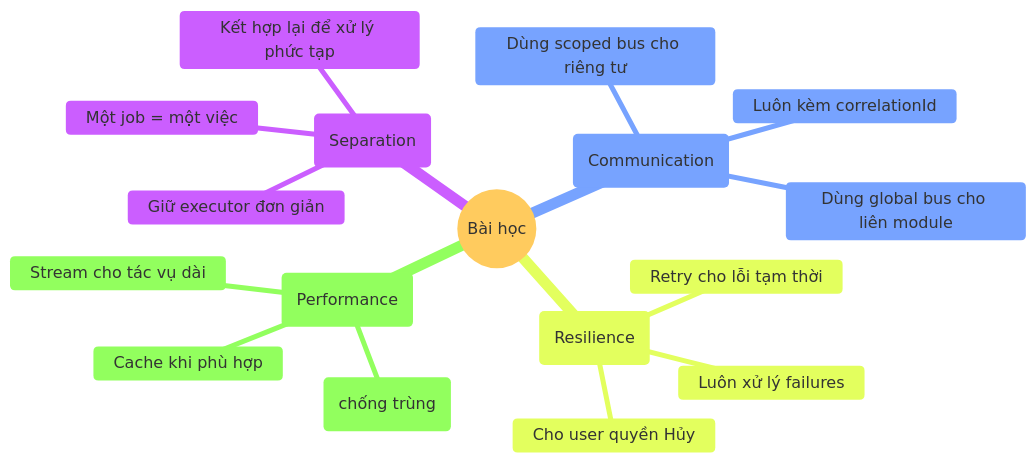
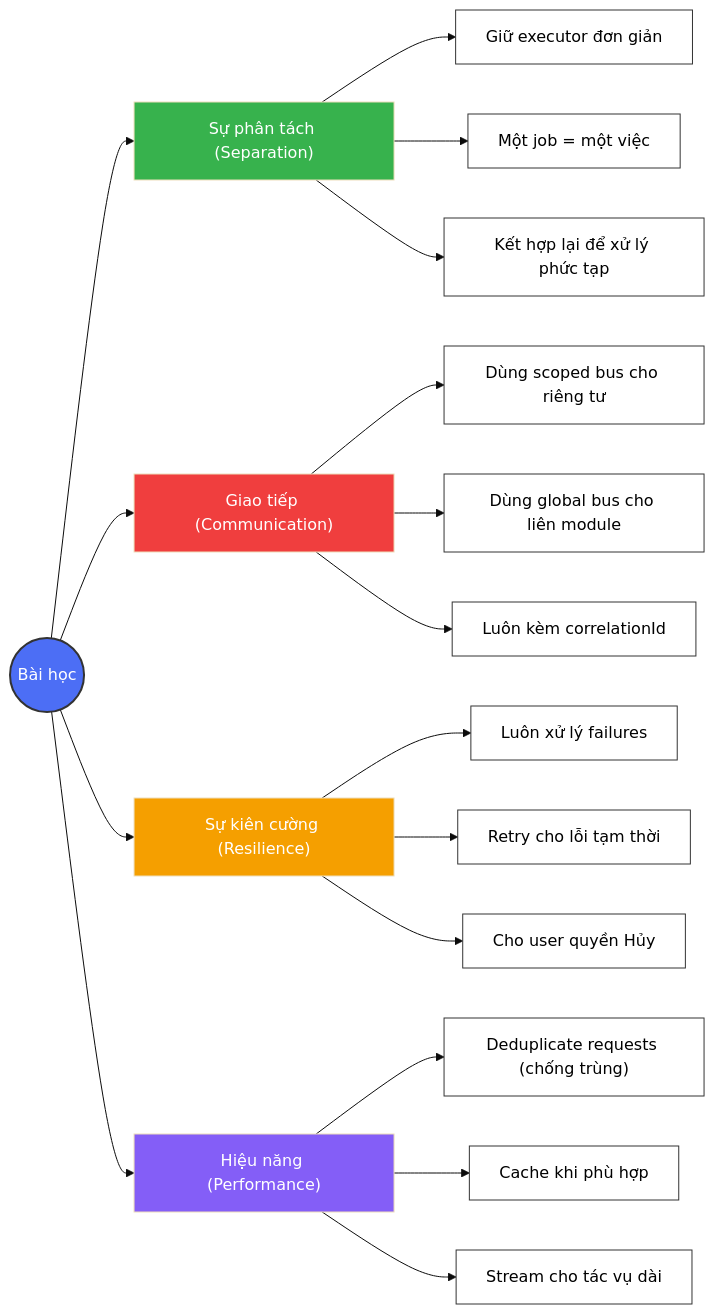
Before and after one commit to lploc94/flutter_orchestrator: diagram 12 of 12 in book/vi/chapters/06_case_study.md, drawn with Mermaid (base theme). The commit also changed 7 other files, not shown here.

First line of the commit message:
docs: use styled graphs instead of mindmaps

````diff
--- a/book/vi/chapters/06_case_study.md
+++ b/book/vi/chapters/06_case_study.md
@@ -326,20 +326,46 @@
 ```mermaid
-mindmap
-  root((Bài học))
-    Sự phân tách (Separation)
-      Giữ executor đơn giản
-      Một job = một việc
-      Kết hợp lại để xử lý phức tạp
-    Giao tiếp (Communication)
-      Dùng scoped bus cho riêng tư
-      Dùng global bus cho liên module
-      Luôn kèm correlationId
-    Sự kiên cường (Resilience)
-      Luôn xử lý failures
-      Retry cho lỗi tạm thời
-      Cho user quyền Hủy
-    Hiệu năng (Performance)
-      Deduplicate requests (chống trùng)
-      Cache khi phù hợp
-      Stream cho tác vụ dài
+graph LR
+    Root((Bài học))
+    
+    Root --> Sep["Sự phân tách (Separation)"]
+    Sep --> Sep1["Giữ executor đơn giản"]
+    Sep --> Sep2["Một job = một việc"]
+    Sep --> Sep3["Kết hợp lại để xử lý phức tạp"]
+    
+    Root --> Com["Giao tiếp (Communication)"]
+    Com --> Com1["Dùng scoped bus cho riêng tư"]
+    Com --> Com2["Dùng global bus cho liên module"]
+    Com --> Com3["Luôn kèm correlationId"]
+    
+    Root --> Res["Sự kiên cường (Resilience)"]
+    Res --> Res1["Luôn xử lý failures"]
+    Res --> Res2["Retry cho lỗi tạm thời"]
+    Res --> Res3["Cho user quyền Hủy"]
+    
+    Root --> Perf["Hiệu năng (Performance)"]
+    Perf --> Perf1["Deduplicate requests (chống trùng)"]
+    Perf --> Perf2["Cache khi phù hợp"]
+    Perf --> Perf3["Stream cho tác vụ dài"]
+    
+    style Root fill:#4c6ef5,stroke:#333,stroke-width:2px,color:#fff
+    style Sep fill:#37b24d,color:#fff
+    style Com fill:#f03e3e,color:#fff
+    style Res fill:#f59f00,color:#fff
+    style Perf fill:#845ef7,color:#fff
+    
+    style Sep1 fill:#fff,stroke:#333,color:#000
+    style Sep2 fill:#fff,stroke:#333,color:#000
+    style Sep3 fill:#fff,stroke:#333,color:#000
+    
+    style Com1 fill:#fff,stroke:#333,color:#000
+    style Com2 fill:#fff,stroke:#333,color:#000
+    style Com3 fill:#fff,stroke:#333,color:#000
+    
+    style Res1 fill:#fff,stroke:#333,color:#000
+    style Res2 fill:#fff,stroke:#333,color:#000
+    style Res3 fill:#fff,stroke:#333,color:#000
+    
+    style Perf1 fill:#fff,stroke:#333,color:#000
+    style Perf2 fill:#fff,stroke:#333,color:#000
+    style Perf3 fill:#fff,stroke:#333,color:#000
 ```
````
